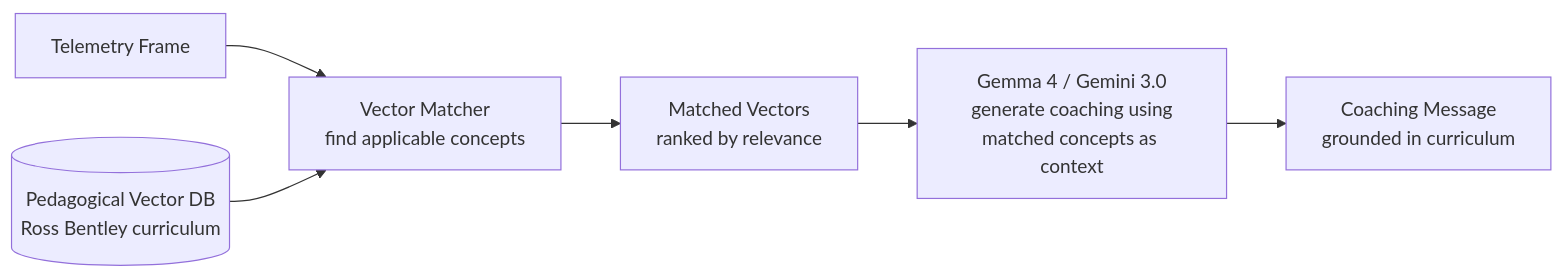
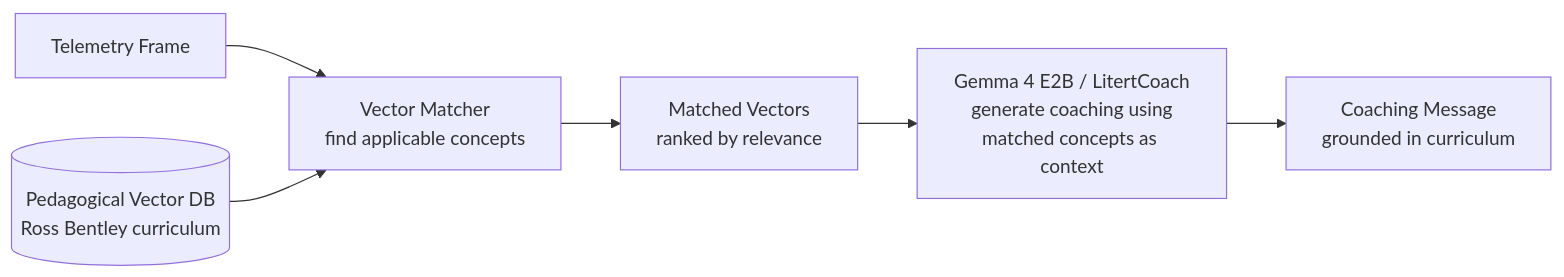
One commit to mlnomadpy/pitwall changed the first of 2 diagrams in docs/pedagogy.md. Above: the diagram before and after it, drawn with Mermaid. The commit also changed 47 other files, not shown here.

````diff
--- a/docs/pedagogy.md
+++ b/docs/pedagogy.md
@@ -20,8 +20,8 @@
 ```mermaid
 graph LR
     FRAME[Telemetry Frame] --> MATCH[Vector Matcher<br/>find applicable concepts]
     VECTORS[(Pedagogical Vector DB<br/>Ross Bentley curriculum)] --> MATCH
     MATCH --> CANDIDATES[Matched Vectors<br/>ranked by relevance]
-    CANDIDATES --> LLM[Gemma 4 / Gemini 3.0<br/>generate coaching using<br/>matched concepts as context]
+    CANDIDATES --> LLM[Gemma 4 E2B / LitertCoach<br/>generate coaching using<br/>matched concepts as context]
     LLM --> MSG[Coaching Message<br/>grounded in curriculum]
 ```
````
